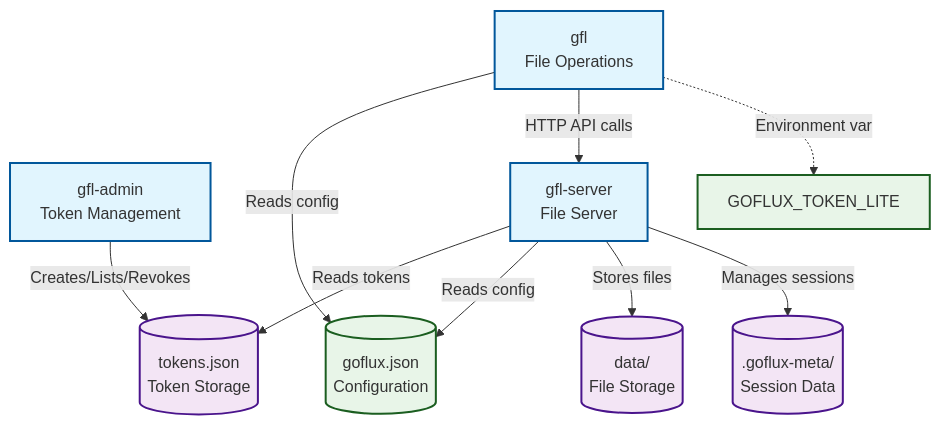
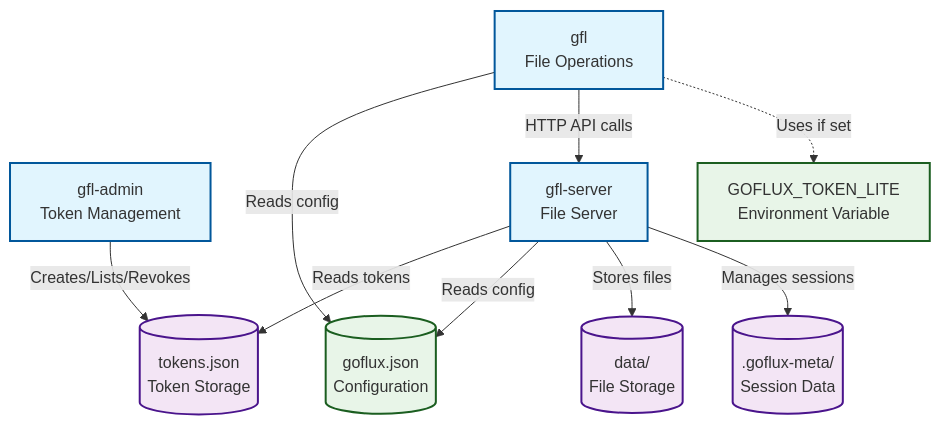
One commit to 0xRepo-Source/goflux-lite changed the first of 8 diagrams in docs/architecture.md. Above: the diagram before and after it, drawn with Mermaid. The commit also changed other lines of this file, not shown here.

First line of the commit message:
Update architecture diagrams to use TD direction

````diff
--- a/docs/architecture.md
+++ b/docs/architecture.md
@@ -7,33 +7,34 @@
 ```mermaid
-graph TB
-    Admin[gfl-admin<br/>Token Management]
-    Server[gfl-server<br/>File Server]
-    Client[gfl<br/>File Operations]
-    TokenFile[(tokens.json<br/>Token Storage)]
-    ConfigFile[(goflux.json<br/>Configuration)]
-    Storage[(data/<br/>File Storage)]
-    MetaDir[(.goflux-meta/<br/>Session Data)]
+graph TD
+    Admin["gfl-admin<br/>Token Management"]
+    Server["gfl-server<br/>File Server"]
+    Client["gfl<br/>File Operations"]
+    TokenFile[("tokens.json<br/>Token Storage")]
+    ConfigFile[("goflux.json<br/>Configuration")]
+    Storage[("data/<br/>File Storage")]
+    MetaDir[(".goflux-meta/<br/>Session Data")]
+    EnvVar["GOFLUX_TOKEN_LITE<br/>Environment Variable"]
     
     %% Admin interactions
     Admin -->|Creates/Lists/Revokes| TokenFile
     
     %% Server interactions
     Server -->|Reads tokens| TokenFile
     Server -->|Reads config| ConfigFile
     Server -->|Stores files| Storage
     Server -->|Manages sessions| MetaDir
     
     %% Client interactions
     Client -->|Reads config| ConfigFile
     Client -->|HTTP API calls| Server
-    Client -.->|Environment var| EnvVar[GOFLUX_TOKEN_LITE]
+    Client -.->|Uses if set| EnvVar
     
-    %% Flow styling
+    %% Styling
     classDef executable fill:#e1f5fe,stroke:#01579b,stroke-width:2px
     classDef storage fill:#f3e5f5,stroke:#4a148c,stroke-width:2px
     classDef config fill:#e8f5e8,stroke:#1b5e20,stroke-width:2px
     
     class Admin,Server,Client executable
     class TokenFile,Storage,MetaDir storage
     class ConfigFile,EnvVar config
 ```
````
